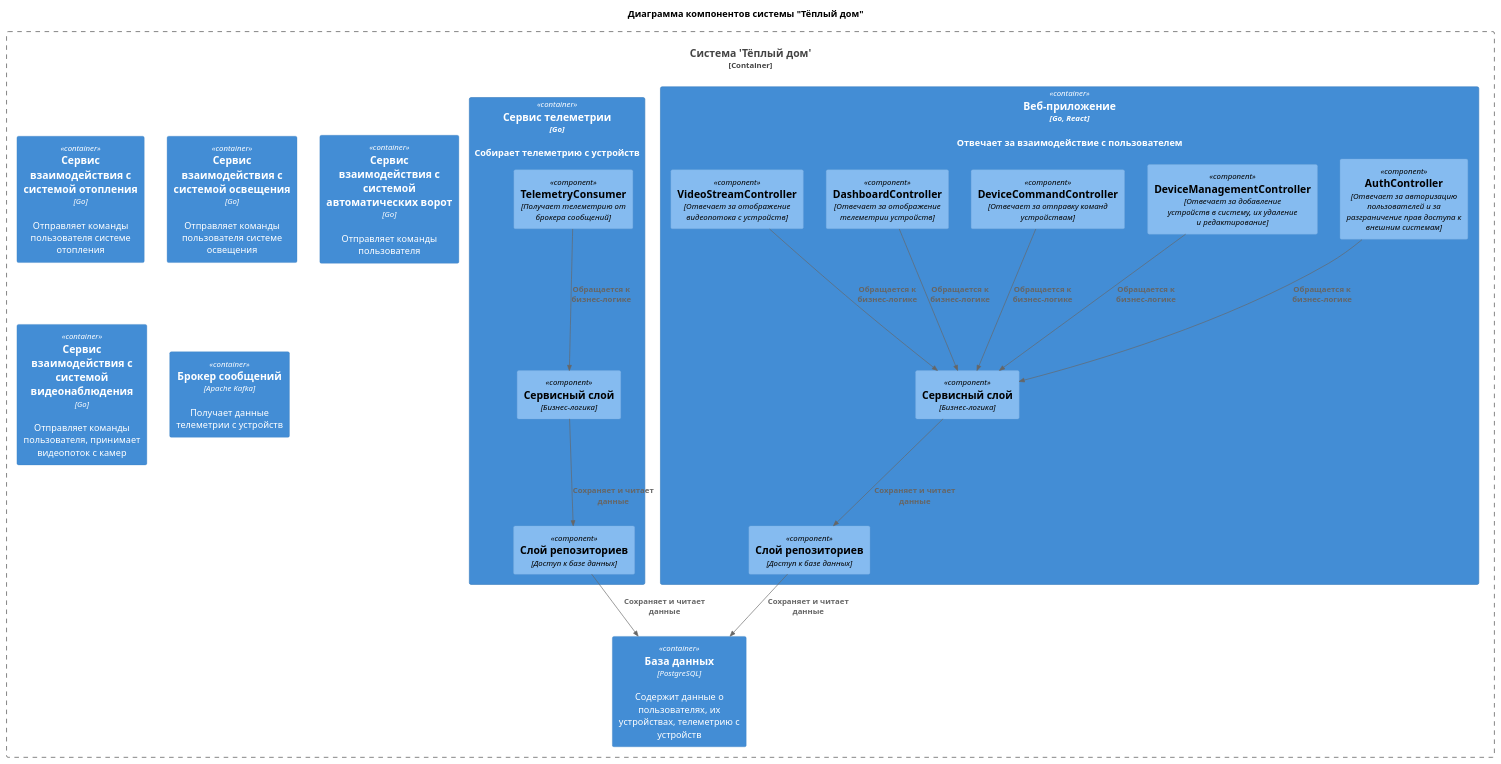
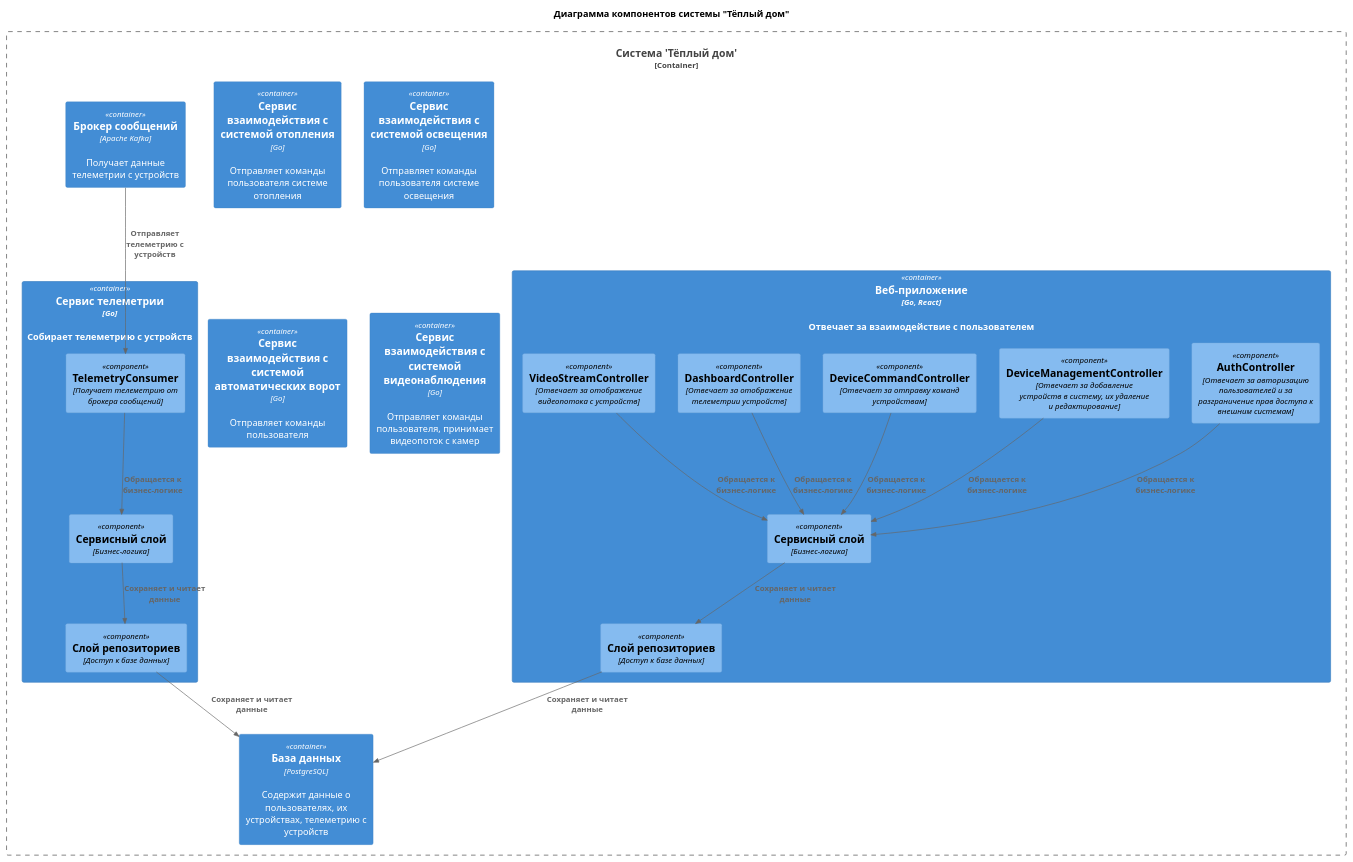
One commit to hammer-for-you/architecture-warmhouse changed the diagram in с4/new-system-components.puml. Above: the diagram before and after it, drawn with PlantUML.

Commit message:
Задание 2. Диаграмма компонентов. Промежуточный коммит.

```diff
--- a/с4/new-system-components.puml
+++ b/с4/new-system-components.puml
@@ -1,46 +1,51 @@
 @startuml
 
 title Диаграмма компонентов системы "Тёплый дом"
 
 !includeurl https://raw.githubusercontent.com/plantuml-stdlib/C4-PlantUML/refs/heads/master/C4_Component.puml
 
+' Границы контейнера
 Container_Boundary(warmhouseSystem, "Система 'Тёплый дом'") {
     Container(webapp, "Веб-приложение", "Go, React", "Отвечает за взаимодействие с пользователем")
     Container(telemetryService, "Сервис телеметрии", "Go", "Собирает телеметрию с устройств")
     Container(heatingSystemService, "Сервис взаимодействия с системой отопления", "Go", "Отправляет команды пользователя системе отопления")
     Container(lightSystemService, "Сервис взаимодействия с системой освещения", "Go", "Отправляет команды пользователя системе освещения")
     Container(gateSystemService, "Сервис взаимодействия с системой автоматических ворот", "Go", "Отправляет команды пользователя")
     Container(videoSystemService, "Сервис взаимодействия с системой видеонаблюдения", "Go", "Отправляет команды пользователя, принимает видеопоток с камер")
     Container(messageBroker, "Брокер сообщений", "Apache Kafka", "Получает данные телеметрии с устройств")
     Container(db, "База данных", "PostgreSQL", "Содержит данные о пользователях, их устройствах, телеметрию с устройств")
 }
 
+' Веб-приложение
 Container(webapp, "Веб-приложение", "Go, React", "Отвечает за взаимодействие с пользователем") {
     Component(authController, "AuthController", "Отвечает за авторизацию пользователей и за разграничение прав доступа к внешним системам")
     Component(deviceManagementController, "DeviceManagementController", "Отвечает за добавление устройств в систему, их удаление и редактирование")
     Component(deviceCommandController, "DeviceCommandController", "Отвечает за отправку команд устройствам")
     Component(dashboardController, "DashboardController", "Отвечает за отображение телеметрии устройств")
     Component(videoStreamController, "VideoStreamController", "Отвечает за отображение видеопотока с устройств")
     Component(appServiceLayer, "Сервисный слой", "Бизнес-логика")
     Component(appRepositoryLayer, "Слой репозиториев", "Доступ к базе данных")
 }
 
-Container(telemetryService, "Сервис телеметрии", "Go", "Собирает телеметрию с устройств") {
-    Component(telemetryConsumer, "TelemetryConsumer", "Получает телеметрию от брокера сообщений")
-    Component(telemetryServiceLayer, "Сервисный слой", "Бизнес-логика")
-    Component(telemetryRepositoryLayer, "Слой репозиториев", "Доступ к базе данных")
-}
-
 Rel(authController, appServiceLayer, "Обращается к бизнес-логике")
 Rel(deviceManagementController, appServiceLayer, "Обращается к бизнес-логике")
 Rel(deviceCommandController, appServiceLayer, "Обращается к бизнес-логике")
 Rel(dashboardController, appServiceLayer, "Обращается к бизнес-логике")
 Rel(videoStreamController, appServiceLayer, "Обращается к бизнес-логике")
 Rel(appServiceLayer, appRepositoryLayer, "Сохраняет и читает данные")
 Rel(appRepositoryLayer, db, "Сохраняет и читает данные")
+
+' Сервис телеметрии
+Container(telemetryService, "Сервис телеметрии", "Go", "Собирает телеметрию с устройств") {
+    Component(telemetryConsumer, "TelemetryConsumer", "Получает телеметрию от брокера сообщений")
+    Component(telemetryServiceLayer, "Сервисный слой", "Бизнес-логика")
+    Component(telemetryRepositoryLayer, "Слой репозиториев", "Доступ к базе данных")
+}
+
+Rel(messageBroker, telemetryConsumer, "Отправляет телеметрию с устройств")
 Rel(telemetryConsumer, telemetryServiceLayer, "Обращается к бизнес-логике")
 Rel(telemetryServiceLayer, telemetryRepositoryLayer, "Сохраняет и читает данные")
 Rel(telemetryRepositoryLayer, db, "Сохраняет и читает данные")
 
 
 @enduml
```
